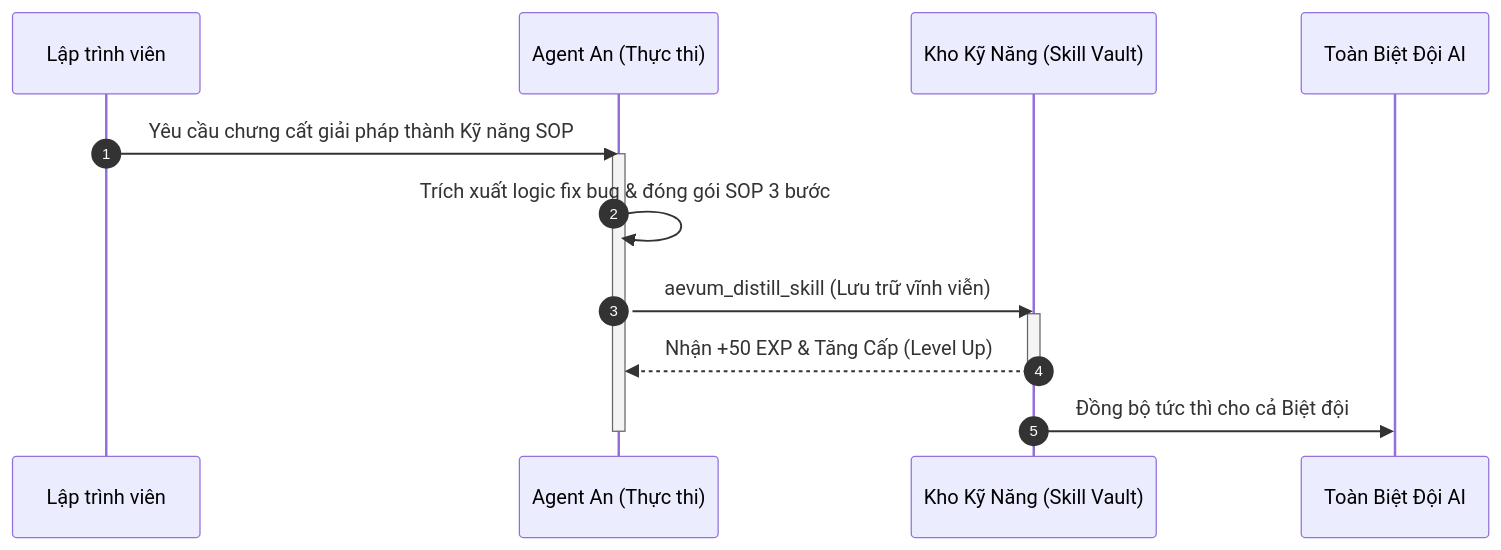
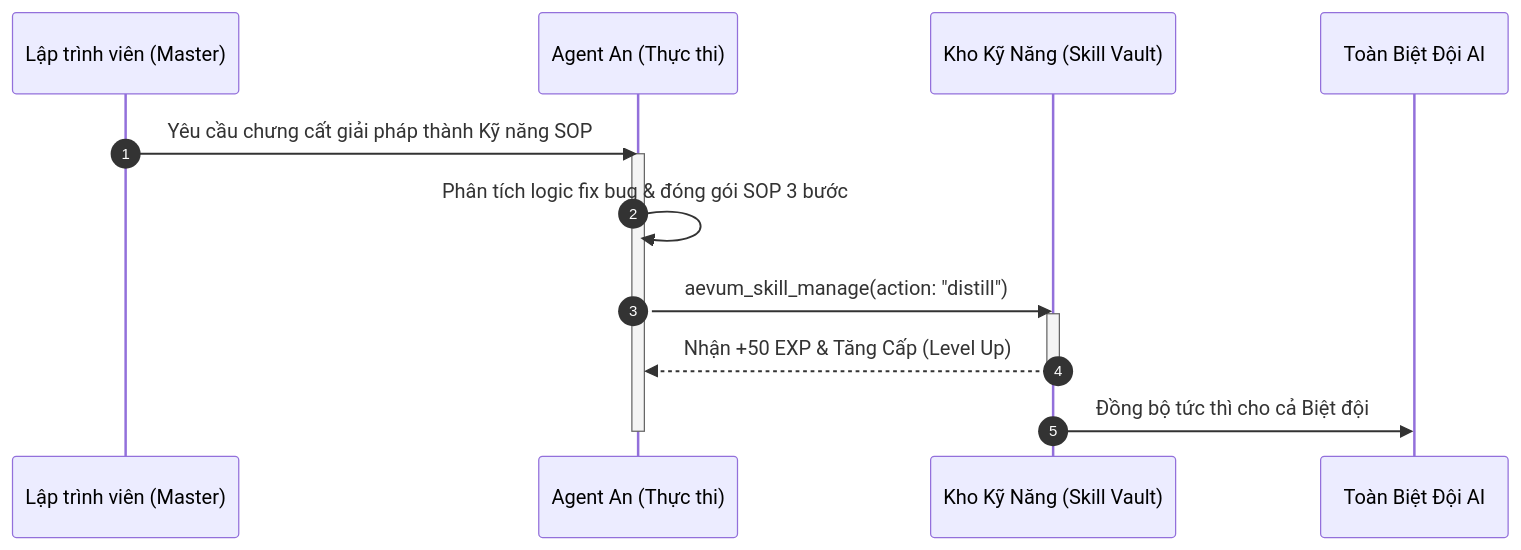
The diagram in content/docs/08-skill-system.md (hainguyen011/Aevum-website), drawn with Mermaid before and after one commit. The commit also changed other lines of this file and 46 other files, not shown here.

````diff
--- a/content/docs/08-skill-system.md
+++ b/content/docs/08-skill-system.md
@@ -14,18 +14,18 @@
 ```mermaid
 sequenceDiagram
     autonumber
-    participant Dev as Lập trình viên
+    participant Dev as Lập trình viên (Master)
     participant An as Agent An (Thực thi)
     participant SkillVault as Kho Kỹ Năng (Skill Vault)
     participant Squad as Toàn Biệt Đội AI
 
     Dev->>An: Yêu cầu chưng cất giải pháp thành Kỹ năng SOP
     activate An
-    An->>An: Trích xuất logic fix bug & đóng gói SOP 3 bước
-    An->>SkillVault: aevum_distill_skill (Lưu trữ vĩnh viễn)
+    An->>An: Phân tích logic fix bug & đóng gói SOP 3 bước
+    An->>SkillVault: aevum_skill_manage(action: "distill")
     activate SkillVault
     SkillVault-->>An: Nhận +50 EXP & Tăng Cấp (Level Up)
     deactivate SkillVault
     SkillVault->>Squad: Đồng bộ tức thì cho cả Biệt đội
     deactivate An
 ```
````
